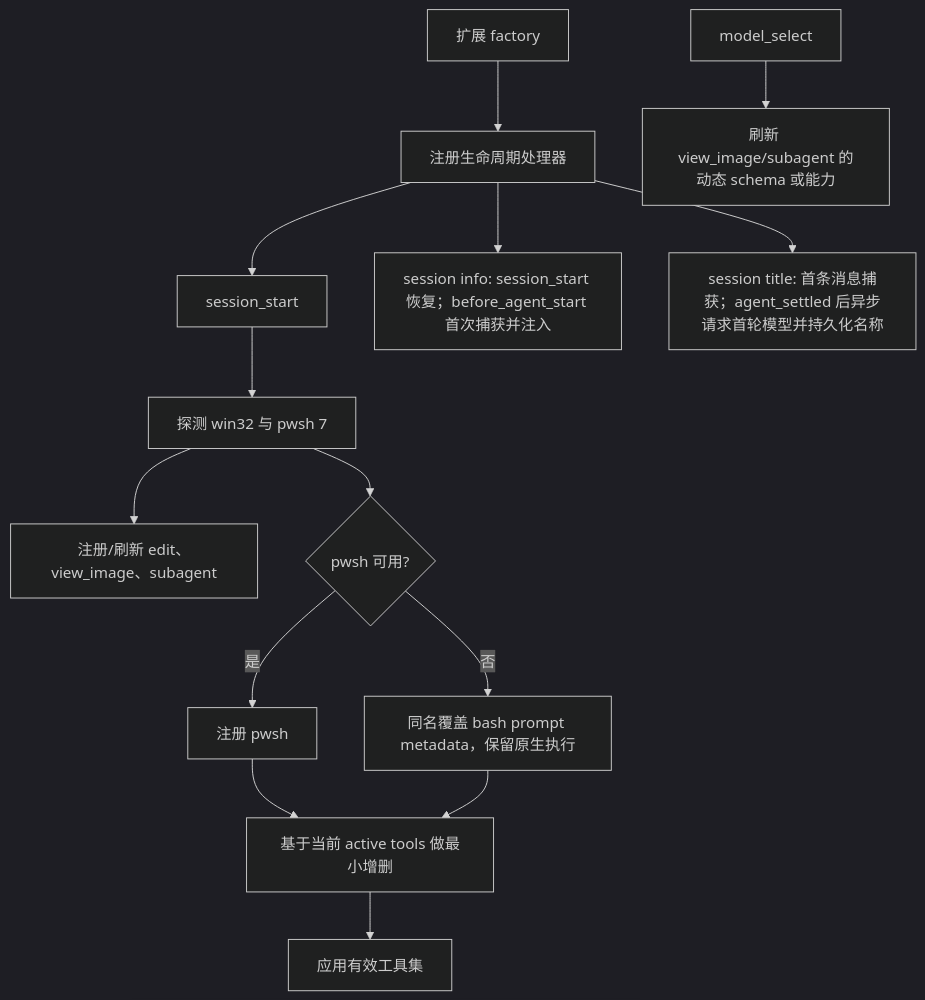
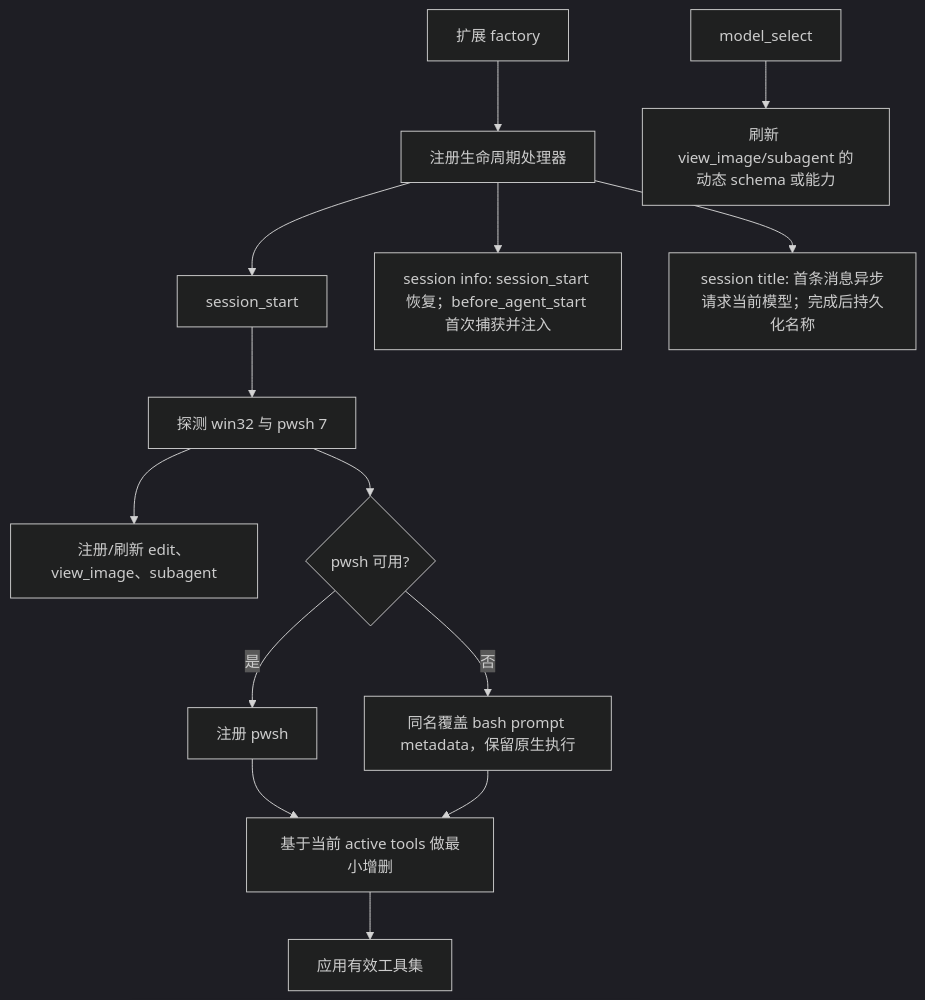
One commit to cha133/pi-enhanced changed the diagram in docs/architecture.md. Above: the diagram before and after it, drawn with Mermaid (dark theme). The commit also changed other lines of this file and 4 other files, not shown here.

````diff
--- a/docs/architecture.md
+++ b/docs/architecture.md
@@ -30,16 +30,16 @@
 ```mermaid
 flowchart TD
     A["扩展 factory"] --> B["注册生命周期处理器"]
     B --> C["session_start"]
     C --> D["探测 win32 与 pwsh 7"]
     D --> E["注册/刷新 edit、view_image、subagent"]
     D --> F{"pwsh 可用?"}
     F -->|是| G["注册 pwsh"]
     F -->|否| H["同名覆盖 bash prompt metadata，保留原生执行"]
     G --> I["基于当前 active tools 做最小增删"]
     H --> I
     I --> J["应用有效工具集"]
     K["model_select"] --> L["刷新 view_image/subagent 的动态 schema 或能力"]
     B --> M["session info: session_start 恢复；before_agent_start 首次捕获并注入"]
-    B --> N["session title: 首条消息捕获；agent_settled 后异步请求首轮模型并持久化名称"]
+    B --> N["session title: 首条消息异步请求当前模型；完成后持久化名称"]
 ```
````
